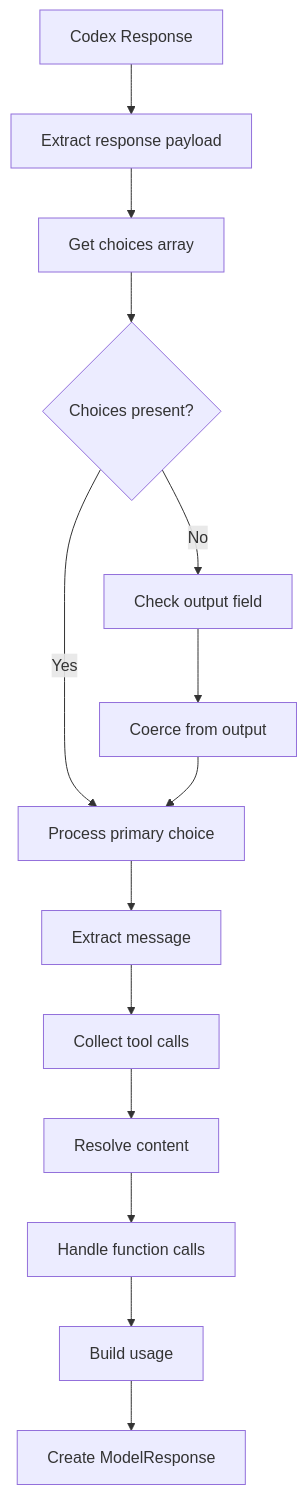
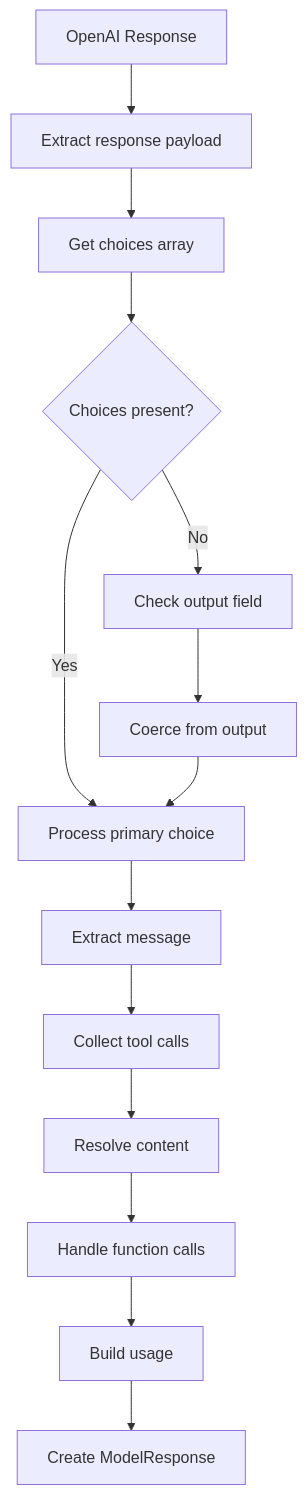
One commit to jslorrma/litellm-codex-oauth-provider changed the eighth of 18 diagrams in docs/codex-api-integration.md. Above: the diagram before and after it, drawn with Mermaid. The commit also changed other lines of this file and 3 other files, not shown here.

First line of the commit message:
docs: update documentation for OpenAI client architecture

````diff
--- a/docs/codex-api-integration.md
+++ b/docs/codex-api-integration.md
@@ -203,18 +292,18 @@
 ```mermaid
 graph TD
-    A[Codex Response] --> B[Extract response payload]
+    A[OpenAI Response] --> B[Extract response payload]
     B --> C[Get choices array]
     C --> D{Choices present?}
     D -->|No| E[Check output field]
     D -->|Yes| F[Process primary choice]
 
     E --> G[Coerce from output]
     G --> F
 
     F --> H[Extract message]
     H --> I[Collect tool calls]
     I --> J[Resolve content]
     J --> K[Handle function calls]
     K --> L[Build usage]
     L --> M[Create ModelResponse]
 ```
````
